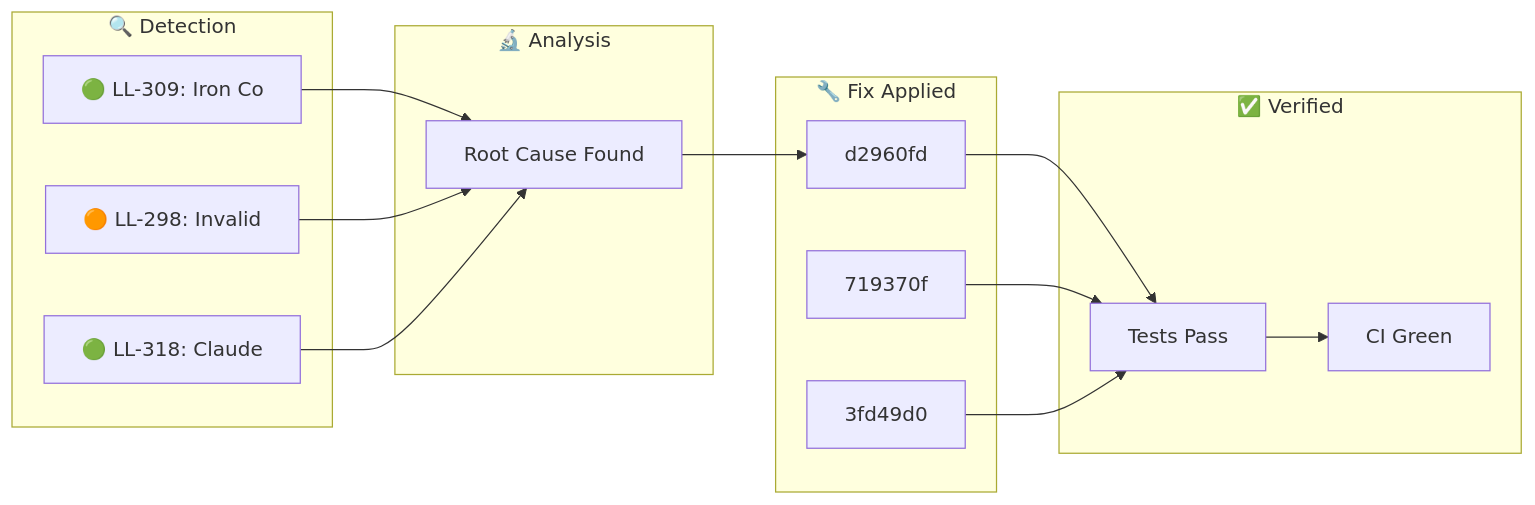
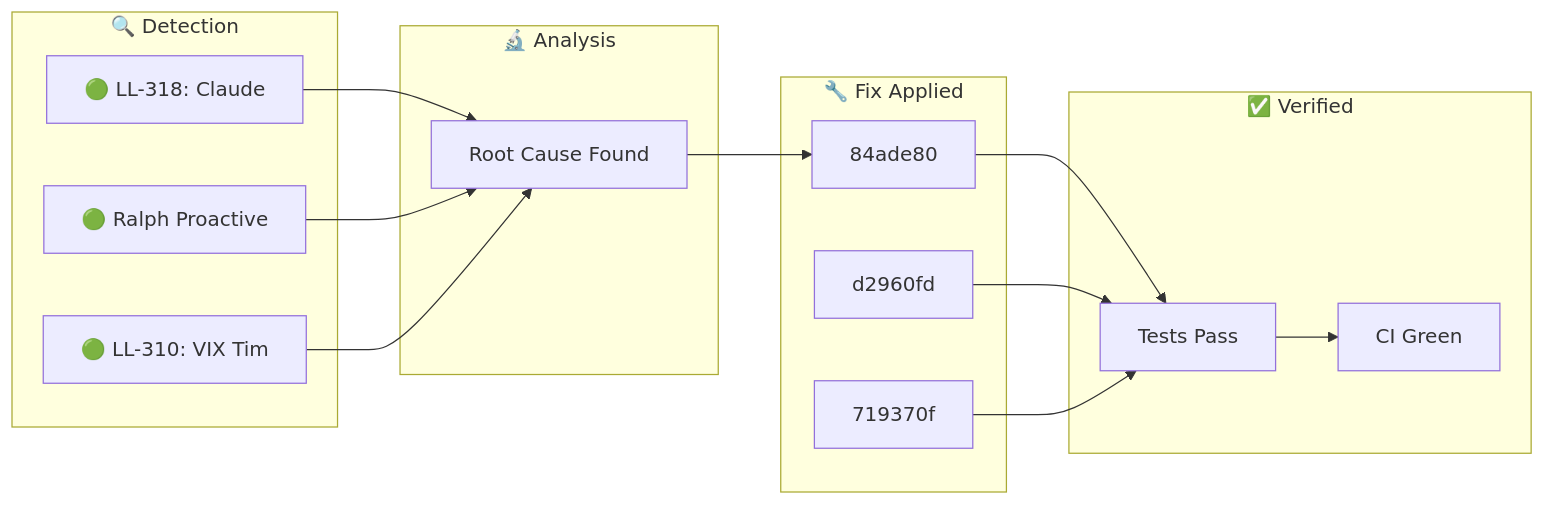
The diagram in docs/_posts/2026-01-28-ralph-discovery.md (YoByron/trading), drawn with Mermaid before and after one commit. The commit also changed other lines of this file, not shown here.

Commit message:
docs(ralph): Auto-publish discovery blog post

````diff
--- a/docs/_posts/2026-01-28-ralph-discovery.md
+++ b/docs/_posts/2026-01-28-ralph-discovery.md
@@ -17,28 +17,28 @@
 ```mermaid
 flowchart LR
     subgraph Detection["🔍 Detection"]
-        D1["🟢 LL-309: Iron Co"]
-        D2["🟠 LL-298: Invalid"]
-        D3["🟢 LL-318: Claude "]
+        D1["🟢 LL-318: Claude "]
+        D2["🟢 Ralph Proactive"]
+        D3["🟢 LL-310: VIX Tim"]
     end
     subgraph Analysis["🔬 Analysis"]
         A1["Root Cause Found"]
     end
     subgraph Fix["🔧 Fix Applied"]
-        F1["d2960fd"]
-        F2["719370f"]
-        F3["3fd49d0"]
+        F1["84ade80"]
+        F2["d2960fd"]
+        F3["719370f"]
     end
     subgraph Verify["✅ Verified"]
         V1["Tests Pass"]
         V2["CI Green"]
     end
     D1 --> A1
     D2 --> A1
     D3 --> A1
     A1 --> F1
     F1 --> V1
     F2 --> V1
     F3 --> V1
     V1 --> V2
 ```
````
